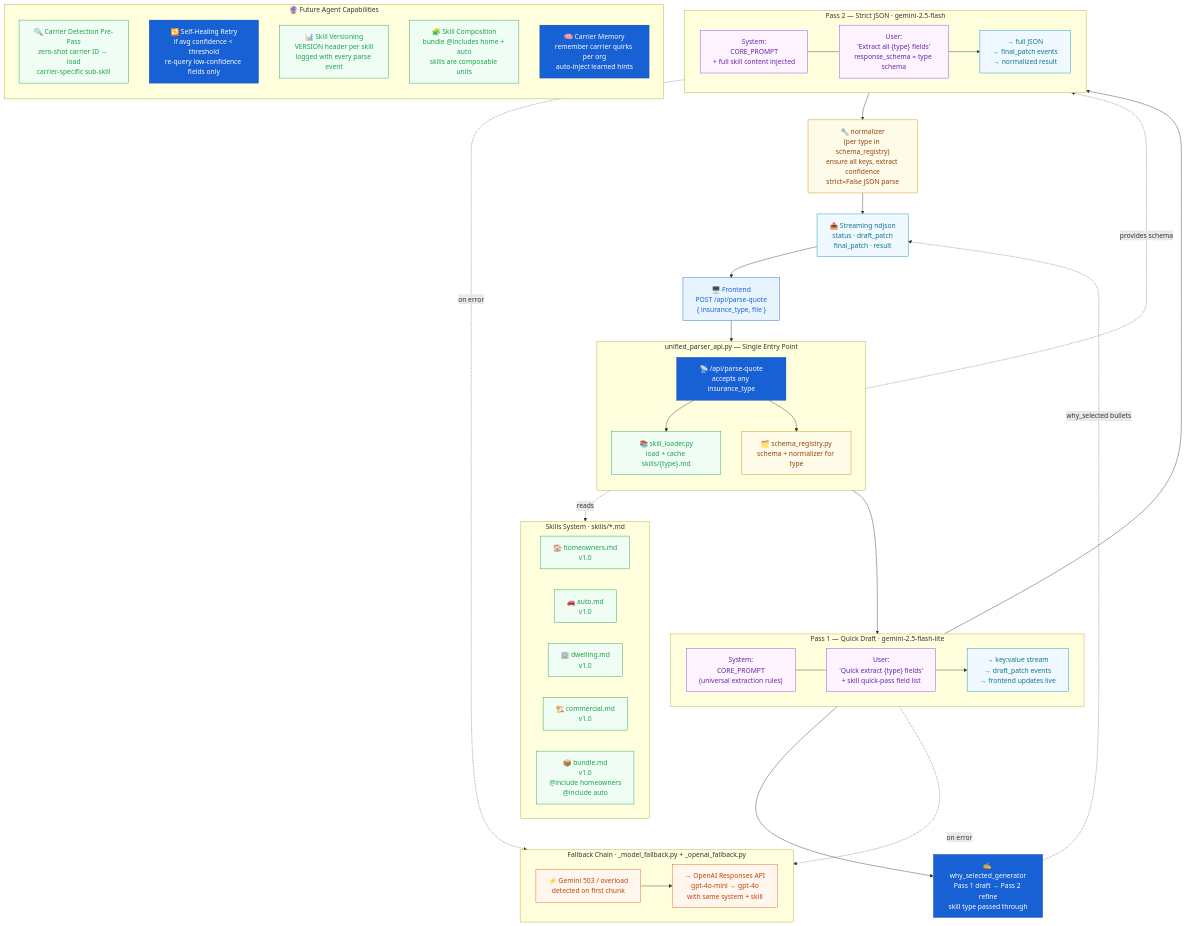
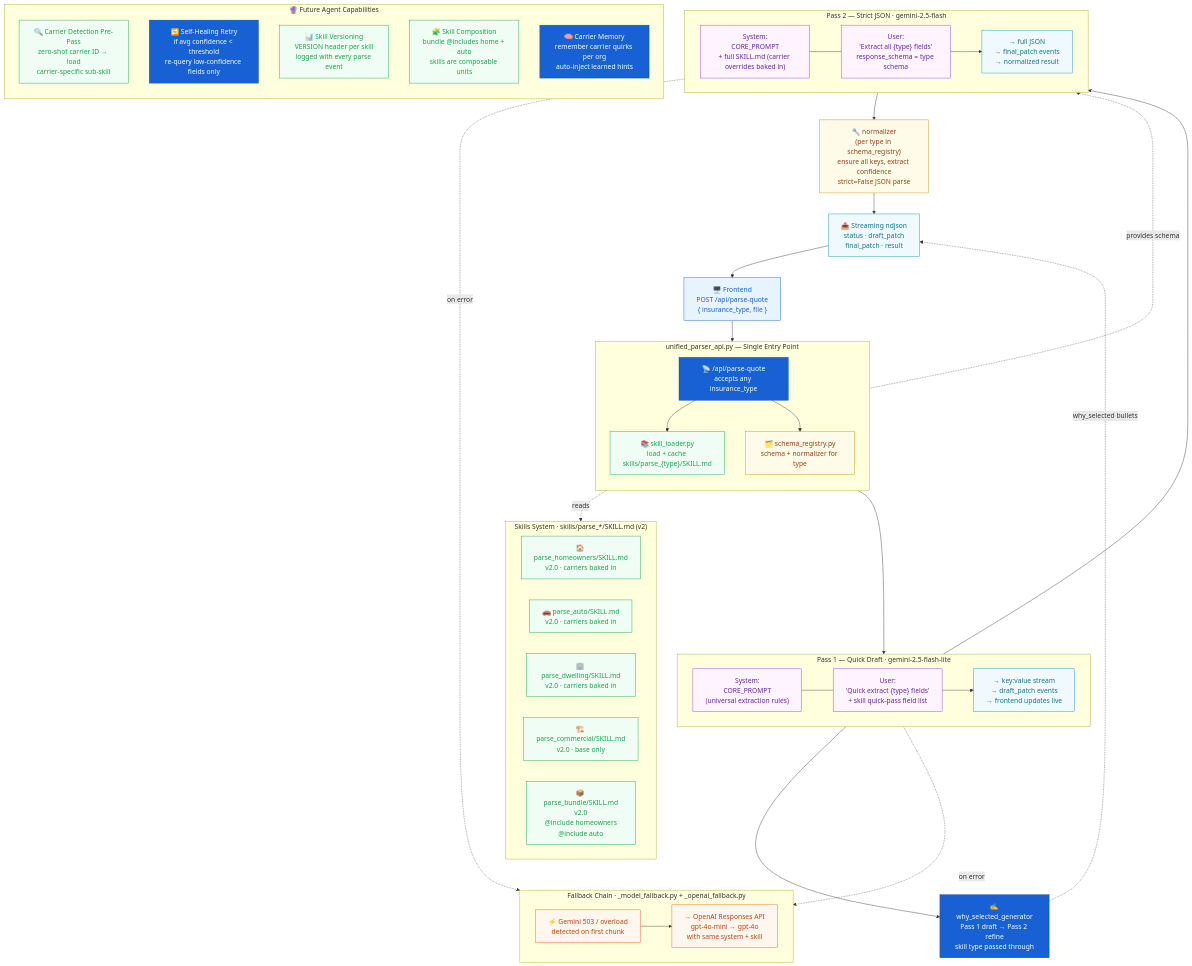
One commit to klix18/quotify.ai changed the diagram in backend/parsers/ARCHITECTURE.mermaid. Above: the diagram before and after it, drawn with Mermaid. The commit also changed 25 other files, not shown here.

```diff
--- a/backend/parsers/ARCHITECTURE.mermaid
+++ b/backend/parsers/ARCHITECTURE.mermaid
@@ -1,77 +1,77 @@
 flowchart TD
     classDef frontend fill:#e8f4fd,stroke:#1761d4,color:#1761d4
     classDef core fill:#1761d4,stroke:#0d4aaa,color:#fff
     classDef skill fill:#f0fdf4,stroke:#16a34a,color:#16a34a
     classDef schema fill:#fefce8,stroke:#ca8a04,color:#92400e
     classDef model fill:#fdf4ff,stroke:#9333ea,color:#6b21a8
     classDef fallback fill:#fff7ed,stroke:#ea580c,color:#c2410c
     classDef output fill:#f0f9ff,stroke:#0891b2,color:#0e7490
 
     FE["🖥️ Frontend\nPOST /api/parse-quote\n{ insurance_type, file }"]:::frontend
 
     subgraph UNIFIED["unified_parser_api.py — Single Entry Point"]
         direction TB
         EP["📡 /api/parse-quote\naccepts any insurance_type"]:::core
-        SL["📚 skill_loader.py\nload + cache skills/{type}.md"]:::skill
+        SL["📚 skill_loader.py\nload + cache skills/parse_{type}/SKILL.md"]:::skill
         SR["🗂️ schema_registry.py\nschema + normalizer for type"]:::schema
         EP --> SL
         EP --> SR
     end
 
-    subgraph SKILLS["Skills System  ·  skills/*.md"]
+    subgraph SKILLS["Skills System  ·  skills/parse_*/SKILL.md (v2)"]
         direction LR
-        S1["🏠 homeowners.md\nv1.0"]:::skill
-        S2["🚗 auto.md\nv1.0"]:::skill
-        S3["🏢 dwelling.md\nv1.0"]:::skill
-        S4["🏗️ commercial.md\nv1.0"]:::skill
-        S5["📦 bundle.md\nv1.0\n@include homeowners\n@include auto"]:::skill
+        S1["🏠 parse_homeowners/SKILL.md\nv2.0 · carriers baked in"]:::skill
+        S2["🚗 parse_auto/SKILL.md\nv2.0 · carriers baked in"]:::skill
+        S3["🏢 parse_dwelling/SKILL.md\nv2.0 · carriers baked in"]:::skill
+        S4["🏗️ parse_commercial/SKILL.md\nv2.0 · base only"]:::skill
+        S5["📦 parse_bundle/SKILL.md\nv2.0\n@include homeowners\n@include auto"]:::skill
     end
 
     subgraph PASS1["Pass 1 — Quick Draft  ·  gemini-2.5-flash-lite"]
         direction LR
         P1SYS["System:\nCORE_PROMPT\n(universal extraction rules)"]:::model
         P1USR["User:\n'Quick extract {type} fields'\n+ skill quick-pass field list"]:::model
         P1OUT["→ key:value stream\n→ draft_patch events\n→ frontend updates live"]:::output
         P1SYS --- P1USR --> P1OUT
     end
 
     subgraph PASS2["Pass 2 — Strict JSON  ·  gemini-2.5-flash"]
         direction LR
-        P2SYS["System:\nCORE_PROMPT\n+ full skill content injected"]:::model
+        P2SYS["System:\nCORE_PROMPT\n+ full SKILL.md (carrier overrides baked in)"]:::model
         P2USR["User:\n'Extract all {type} fields'\nresponse_schema = type schema"]:::model
         P2OUT["→ full JSON\n→ final_patch events\n→ normalized result"]:::output
         P2SYS --- P2USR --> P2OUT
     end
 
     subgraph FALLBACK["Fallback Chain  ·  _model_fallback.py + _openai_fallback.py"]
         direction LR
         FB1["⚡ Gemini 503 / overload\ndetected on first chunk"]:::fallback
         FB2["→ OpenAI Responses API\ngpt-4o-mini → gpt-4o\nwith same system + skill"]:::fallback
         FB1 --> FB2
     end
 
     NRM["🔧 normalizer\n(per type in schema_registry)\nensure all keys, extract confidence\nstrict=False JSON parse"]:::schema
     WSG["✍️ why_selected_generator\nPass 1 draft → Pass 2 refine\nskill type passed through"]:::core
     OUT["📤 Streaming ndjson\nstatus · draft_patch\nfinal_patch · result"]:::output
 
     FE --> EP
     SL -.->|reads| SKILLS
     SR -.->|provides schema| PASS2
     EP --> PASS1
     PASS1 --> WSG
     PASS1 --> PASS2
     PASS1 -.->|on error| FALLBACK
     PASS2 -.->|on error| FALLBACK
     PASS2 --> NRM
     NRM --> OUT
     WSG -.->|why_selected bullets| OUT
     OUT --> FE
 
     subgraph FUTURE["🔮 Future Agent Capabilities"]
         direction TB
         CAP1["🔍 Carrier Detection Pre-Pass\nzero-shot carrier ID → load\ncarrier-specific sub-skill"]:::skill
         CAP2["🔁 Self-Healing Retry\nif avg confidence < threshold\nre-query low-confidence fields only"]:::core
         CAP3["📊 Skill Versioning\nVERSION header per skill\nlogged with every parse event"]:::skill
         CAP4["🧩 Skill Composition\nbundle @includes home + auto\nskills are composable units"]:::skill
         CAP5["🧠 Carrier Memory\nremember carrier quirks per org\nauto-inject learned hints"]:::core
     end
```
